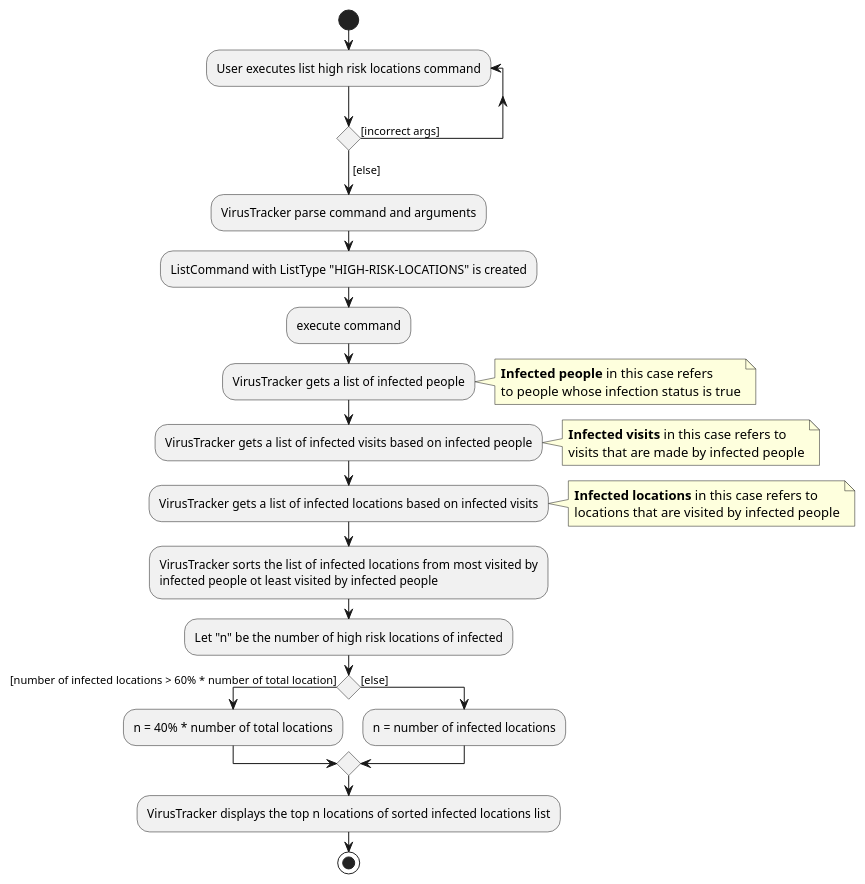
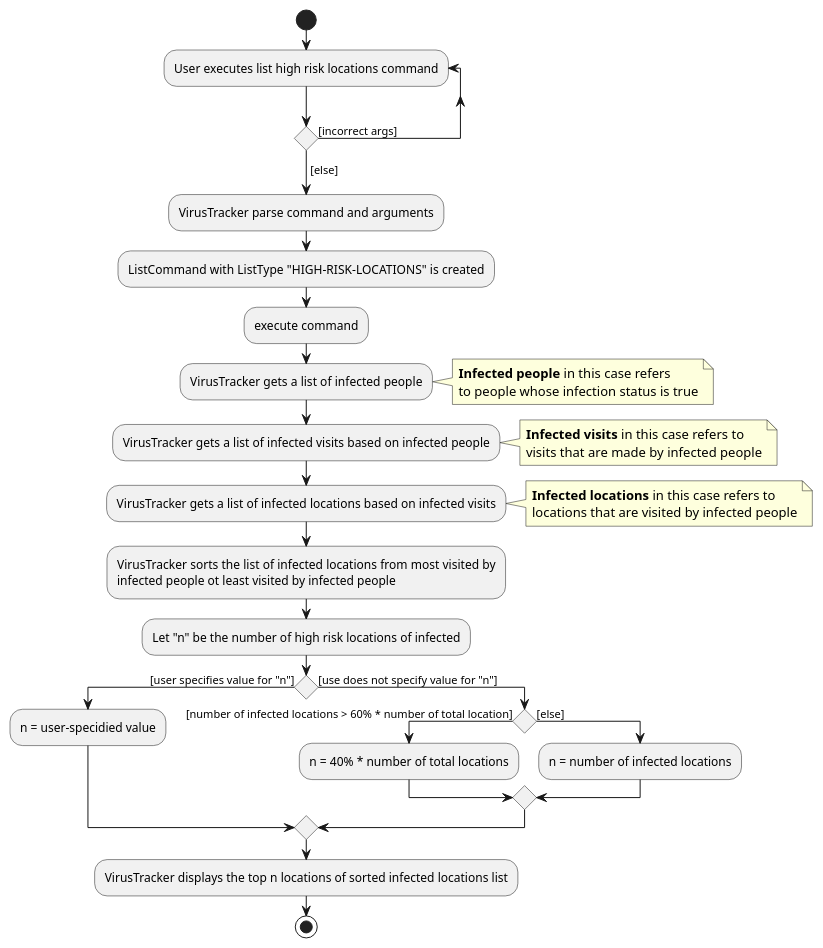
The diagram in docs/diagrams/ListHighRiskLocationActivityDiagram.puml (siangernlow/tp), drawn with PlantUML before and after one commit. The commit also changed 11 other files, not shown here.

```diff
--- a/docs/diagrams/ListHighRiskLocationActivityDiagram.puml
+++ b/docs/diagrams/ListHighRiskLocationActivityDiagram.puml
@@ -1,50 +1,54 @@
 @startuml
 start
 
 'Since the beta syntax does not support placing the condition outside the
 'diamond we place it as the true branch instead.
 
 repeat :User executes list high risk locations command;
 repeat while () is ([incorrect args])
 ->[else];
 
 :VirusTracker parse command and arguments;
 
 :ListCommand with ListType "HIGH-RISK-LOCATIONS" is created;
 
 :execute command;
 
 :VirusTracker gets a list of infected people;
 note right
     **Infected people** in this case refers
     to people whose infection status is true
 endnote
 
 :VirusTracker gets a list of infected visits based on infected people;
 note right
     **Infected visits** in this case refers to
     visits that are made by infected people
 endnote
 
 :VirusTracker gets a list of infected locations based on infected visits;
 note right
     **Infected locations** in this case refers to
     locations that are visited by infected people
 endnote
 
 :VirusTracker sorts the list of infected locations from most visited by
 infected people ot least visited by infected people;
 
 :Let "n" be the number of high risk locations of infected;
 
-if () then ([number of infected locations > 60% * number of total location])
-    :n = 40% * number of total locations;
-else ([else])
-    :n = number of infected locations;
+if () then ([user specifies value for "n"])
+    :n = user-specidied value;
+else ([use does not specify value for "n"])
+    if () then ([number of infected locations > 60% * number of total location])
+        :n = 40% * number of total locations;
+    else ([else])
+        :n = number of infected locations;
+    endif
 endif
 
 :VirusTracker displays the top n locations of sorted infected locations list;
 
 stop
 
 @enduml
```
